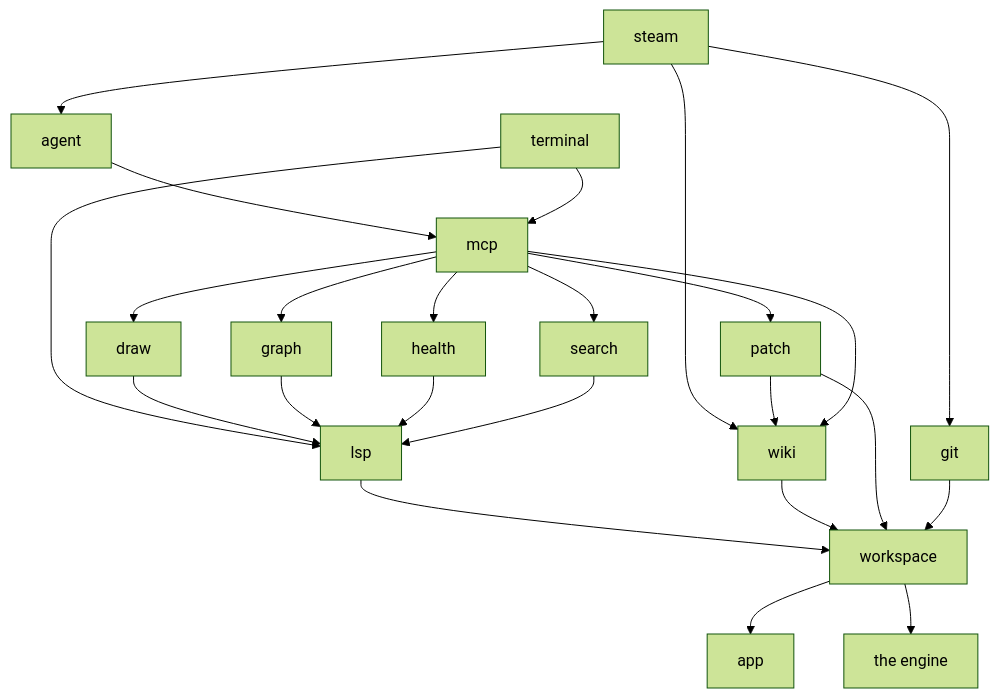
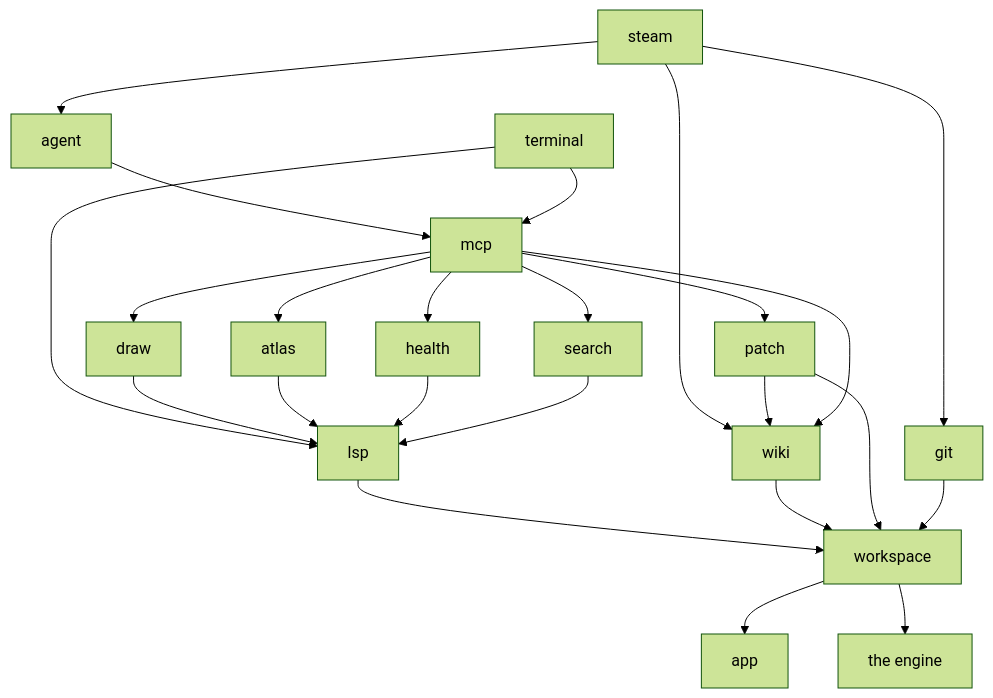
The third of 7 diagrams in docs/ARCHITECTURE.md (idodavis/paradox-modding-tools), drawn with Mermaid (forest theme) before and after one commit. The commit also changed other lines of this file and 127 other files, not shown here.

````diff
--- a/docs/ARCHITECTURE.md
+++ b/docs/ARCHITECTURE.md
@@ -102,14 +102,14 @@
 ```mermaid
 flowchart TD
   steam --> agent & git & wiki
   patch --> wiki
   agent --> mcp
   terminal --> mcp
-  mcp --> draw & graphs["graph"] & health & search & wiki & patch
+  mcp --> draw & atlas & health & search & wiki & patch
   terminal --> lsp
-  draw & graphs & health & search --> lsp
+  draw & atlas & health & search --> lsp
   lsp & wiki & patch --> workspace
   git --> workspace
   workspace --> app
   workspace --> engine["the engine"]
 ```
````
